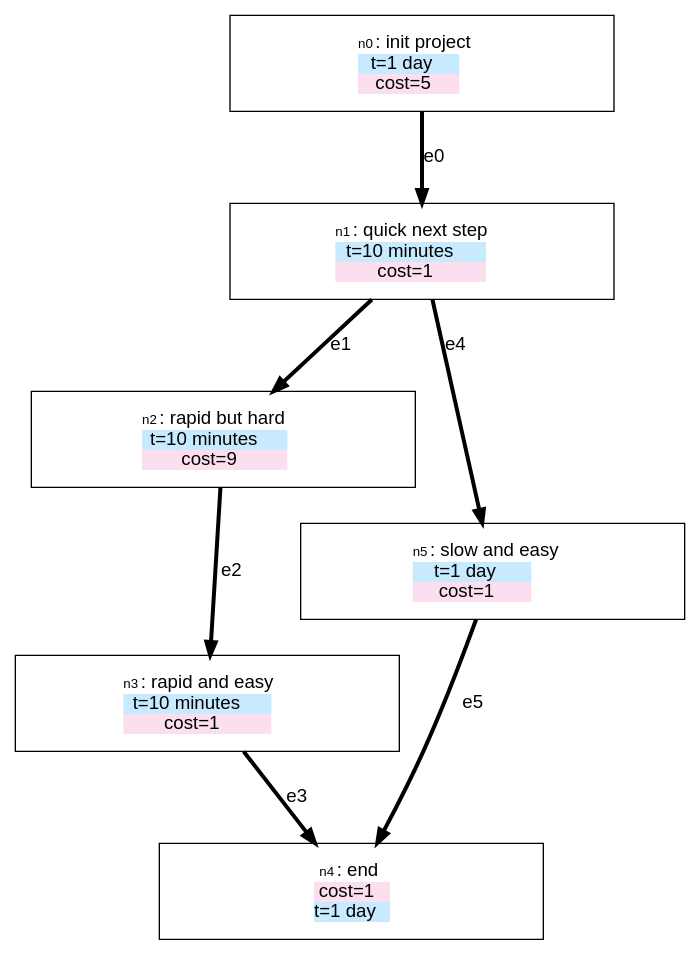
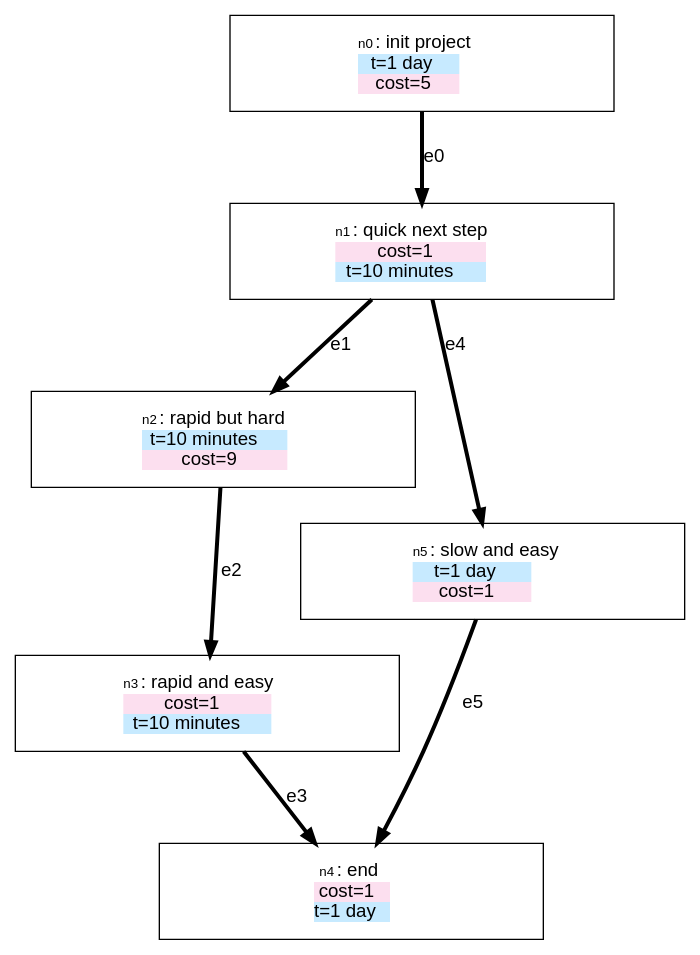
Before and after one commit to stevecooperorg/microdot: the diagram in examples/variables.dot, drawn with Graphviz. The commit also changed other lines of this file and 4 other files, not shown here.

```diff
--- a/examples/variables.dot
+++ b/examples/variables.dot
@@ -1,117 +1,117 @@
 digraph {
 
     graph [fontname = "helvetica" rankdir="TB" ranksep=0.75 nodesep=0.5];
     node [fontname = "helvetica" shape = "box" width=2.5 style=filled];
     edge [fontname = "helvetica" penwidth=3 color="#000000"];
 
     n0 [width=4 height=1 label=< <TABLE BORDER="0" CELLPADDING="0" CELLSPACING="0">
     <TR>
         <TD COLSPAN="2"><FONT POINT-SIZE="10">n0</FONT>: init project</TD>
     </TR>
     
         
            <TR>
 <TD BGCOLOR="#C7EAFF"><FONT COLOR="#000000">t=1 day</FONT></TD>
 </TR>
         
            <TR>
 <TD BGCOLOR="#FCDFEF"><FONT COLOR="#000000">cost=5</FONT></TD>
 </TR>
         
     
    </TABLE>
 > fillcolor="#FFFFFF"]
     n1 [width=4 height=1 label=< <TABLE BORDER="0" CELLPADDING="0" CELLSPACING="0">
     <TR>
         <TD COLSPAN="2"><FONT POINT-SIZE="10">n1</FONT>: quick next step</TD>
     </TR>
     
         
            <TR>
-<TD BGCOLOR="#C7EAFF"><FONT COLOR="#000000">t=10 minutes</FONT></TD>
+<TD BGCOLOR="#FCDFEF"><FONT COLOR="#000000">cost=1</FONT></TD>
 </TR>
         
            <TR>
-<TD BGCOLOR="#FCDFEF"><FONT COLOR="#000000">cost=1</FONT></TD>
+<TD BGCOLOR="#C7EAFF"><FONT COLOR="#000000">t=10 minutes</FONT></TD>
 </TR>
         
     
    </TABLE>
 > fillcolor="#FFFFFF"]
     n2 [width=4 height=1 label=< <TABLE BORDER="0" CELLPADDING="0" CELLSPACING="0">
     <TR>
         <TD COLSPAN="2"><FONT POINT-SIZE="10">n2</FONT>: rapid but hard</TD>
     </TR>
     
         
            <TR>
 <TD BGCOLOR="#C7EAFF"><FONT COLOR="#000000">t=10 minutes</FONT></TD>
 </TR>
         
            <TR>
 <TD BGCOLOR="#FCDFEF"><FONT COLOR="#000000">cost=9</FONT></TD>
 </TR>
         
     
    </TABLE>
 > fillcolor="#FFFFFF"]
     n3 [width=4 height=1 label=< <TABLE BORDER="0" CELLPADDING="0" CELLSPACING="0">
     <TR>
         <TD COLSPAN="2"><FONT POINT-SIZE="10">n3</FONT>: rapid and easy</TD>
     </TR>
     
         
            <TR>
-<TD BGCOLOR="#C7EAFF"><FONT COLOR="#000000">t=10 minutes</FONT></TD>
+<TD BGCOLOR="#FCDFEF"><FONT COLOR="#000000">cost=1</FONT></TD>
 </TR>
         
            <TR>
-<TD BGCOLOR="#FCDFEF"><FONT COLOR="#000000">cost=1</FONT></TD>
+<TD BGCOLOR="#C7EAFF"><FONT COLOR="#000000">t=10 minutes</FONT></TD>
 </TR>
         
     
    </TABLE>
 > fillcolor="#FFFFFF"]
     n4 [width=4 height=1 label=< <TABLE BORDER="0" CELLPADDING="0" CELLSPACING="0">
     <TR>
         <TD COLSPAN="2"><FONT POINT-SIZE="10">n4</FONT>: end</TD>
     </TR>
     
         
            <TR>
 <TD BGCOLOR="#FCDFEF"><FONT COLOR="#000000">cost=1</FONT></TD>
 </TR>
         
            <TR>
 <TD BGCOLOR="#C7EAFF"><FONT COLOR="#000000">t=1 day</FONT></TD>
 </TR>
         
     
    </TABLE>
 > fillcolor="#FFFFFF"]
     n5 [width=4 height=1 label=< <TABLE BORDER="0" CELLPADDING="0" CELLSPACING="0">
     <TR>
         <TD COLSPAN="2"><FONT POINT-SIZE="10">n5</FONT>: slow and easy</TD>
     </TR>
     
         
            <TR>
 <TD BGCOLOR="#C7EAFF"><FONT COLOR="#000000">t=1 day</FONT></TD>
 </TR>
         
            <TR>
 <TD BGCOLOR="#FCDFEF"><FONT COLOR="#000000">cost=1</FONT></TD>
 </TR>
         
     
    </TABLE>
 > fillcolor="#FFFFFF"]
 
     "n0" -> "n1" [label="e0"];
     "n1" -> "n2" [label="e1"];
     "n2" -> "n3" [label="e2"];
     "n3" -> "n4" [label="e3"];
     "n1" -> "n5" [label="e4"];
     "n5" -> "n4" [label="e5"];
 
 }
```
